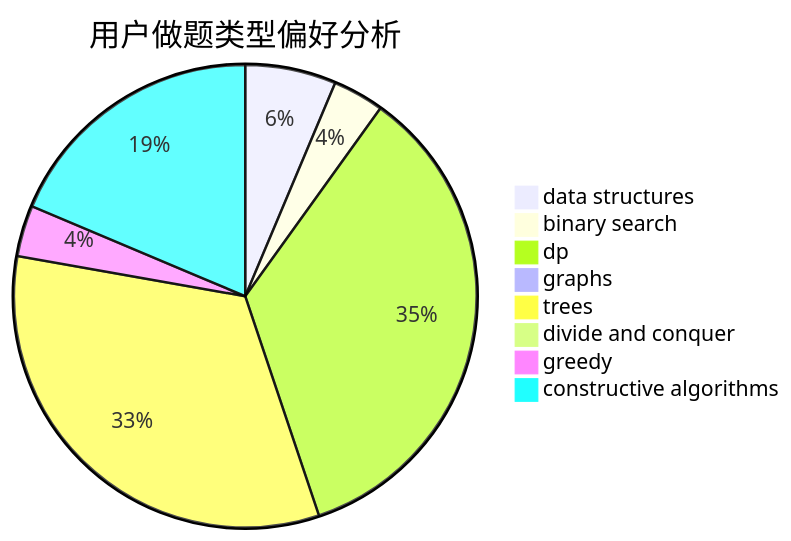
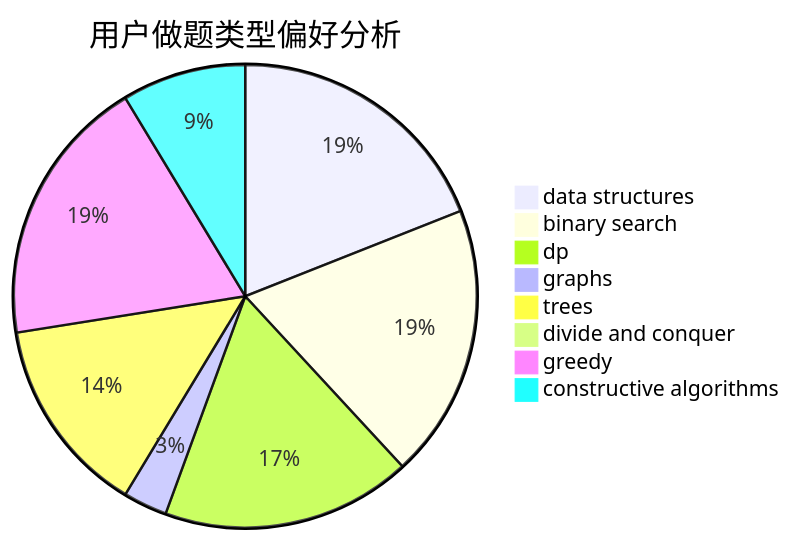
The second of 3 diagrams in docs/user/u2576.md (sherpahu/cfrs.github.io), drawn with Mermaid before and after one commit. The commit also changed other lines of this file and 2770 other files, not shown here.

````diff
--- a/docs/user/u2576.md
+++ b/docs/user/u2576.md
@@ -23,11 +23,11 @@
 ```mermaid
 pie title 用户做题类型偏好分析
-    "data structures" :  16
-    "binary search" :  9
-    "dp" :  88
-    "graphs" :  0
-    "trees" :  83
+    "data structures" :  136
+    "binary search" :  137
+    "dp" :  125
+    "graphs" :  22
+    "trees" :  99
     "divide and conquer" :  0
-    "greedy" :  9
-    "constructive algorithms" :  47
+    "greedy" :  135
+    "constructive algorithms" :  62
 ```
````
